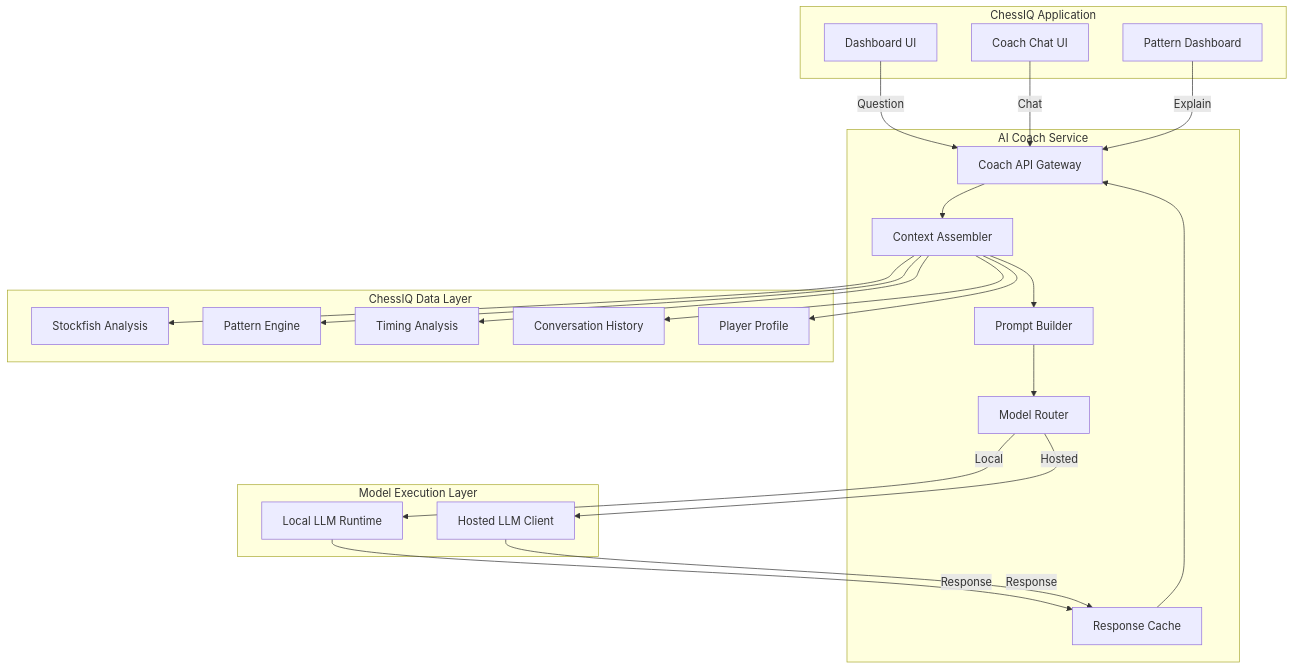
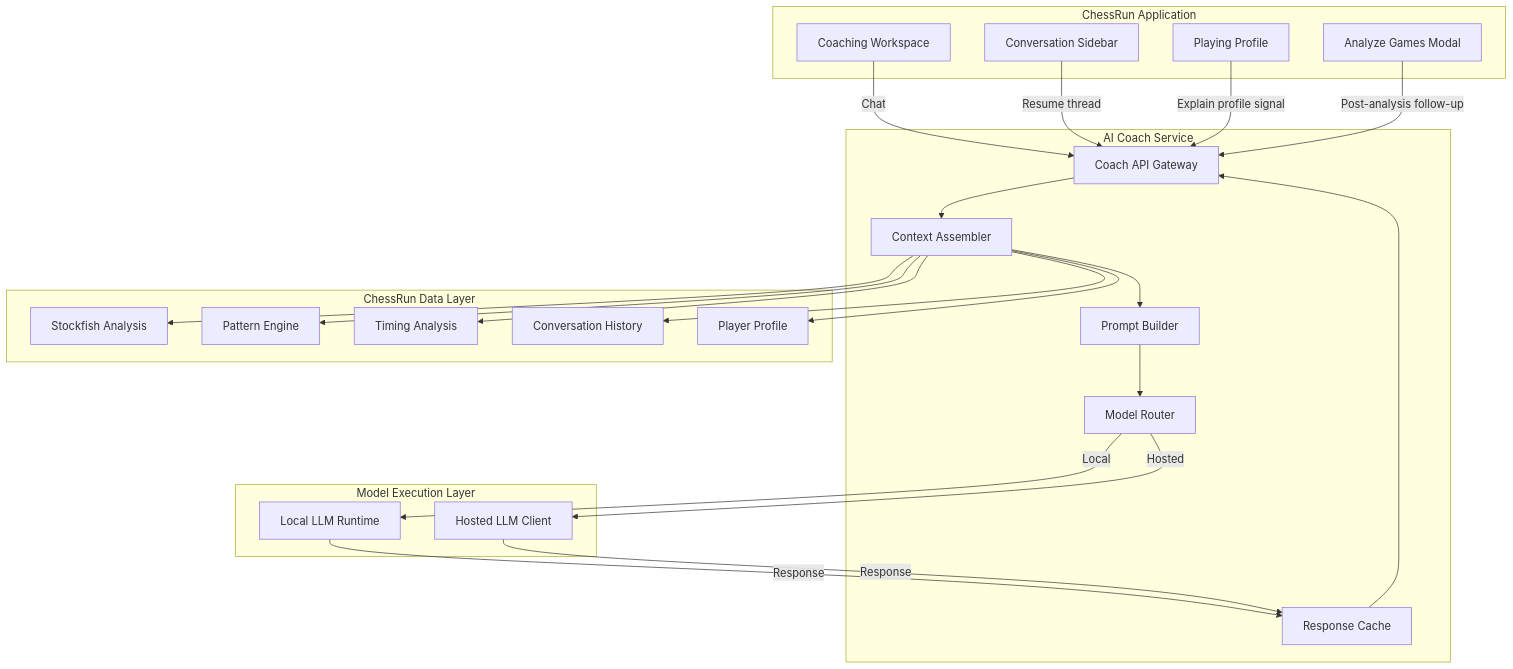
Before and after one commit to ArcnetLabs/chess-AI: the first of 3 diagrams in docs/architecture/AI_MODEL_STRATEGY.md, drawn with Mermaid. The commit also changed other lines of this file and 85 other files, not shown here.

Commit message:
feat: align frontend with ChessRun coach UX

````diff
--- a/docs/architecture/AI_MODEL_STRATEGY.md
+++ b/docs/architecture/AI_MODEL_STRATEGY.md
@@ -105,49 +107,51 @@
 ```mermaid
 flowchart TB
-    subgraph Application["ChessIQ Application"]
-        DASH[Dashboard UI]
-        COACH_UI[Coach Chat UI]
-        PATTERN_UI[Pattern Dashboard]
+    subgraph Application["ChessRun Application"]
+        COACH_UI[Coaching Workspace]
+        SIDEBAR[Conversation Sidebar]
+        PROFILE_UI[Playing Profile]
+        ANALYZE_MODAL[Analyze Games Modal]
     end
 
     subgraph CoachService["AI Coach Service"]
         API[Coach API Gateway]
         CONTEXT[Context Assembler]
         PROMPT[Prompt Builder]
         ROUTER[Model Router]
         CACHE[Response Cache]
     end
 
     subgraph Execution["Model Execution Layer"]
         LOCAL[Local LLM Runtime]
         HOSTED[Hosted LLM Client]
     end
 
-    subgraph DataSources["ChessIQ Data Layer"]
+    subgraph DataSources["ChessRun Data Layer"]
         STOCKFISH[Stockfish Analysis]
         PATTERNS[Pattern Engine]
         TIMING[Timing Analysis]
         HISTORY[Conversation History]
         PROFILE[Player Profile]
     end
 
-    DASH -->|Question| API
     COACH_UI -->|Chat| API
-    PATTERN_UI -->|Explain| API
+    SIDEBAR -->|Resume thread| API
+    PROFILE_UI -->|Explain profile signal| API
+    ANALYZE_MODAL -->|Post-analysis follow-up| API
 
     API --> CONTEXT
     CONTEXT --> STOCKFISH
     CONTEXT --> PATTERNS
     CONTEXT --> TIMING
     CONTEXT --> HISTORY
     CONTEXT --> PROFILE
     CONTEXT --> PROMPT
 
     PROMPT --> ROUTER
     ROUTER -->|Local| LOCAL
     ROUTER -->|Hosted| HOSTED
 
     LOCAL -->|Response| CACHE
     HOSTED -->|Response| CACHE
     CACHE --> API
 ```
````
